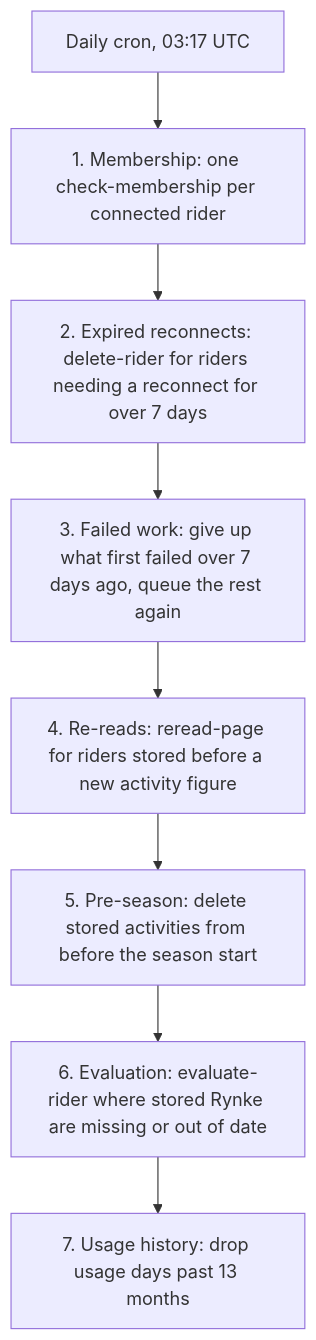
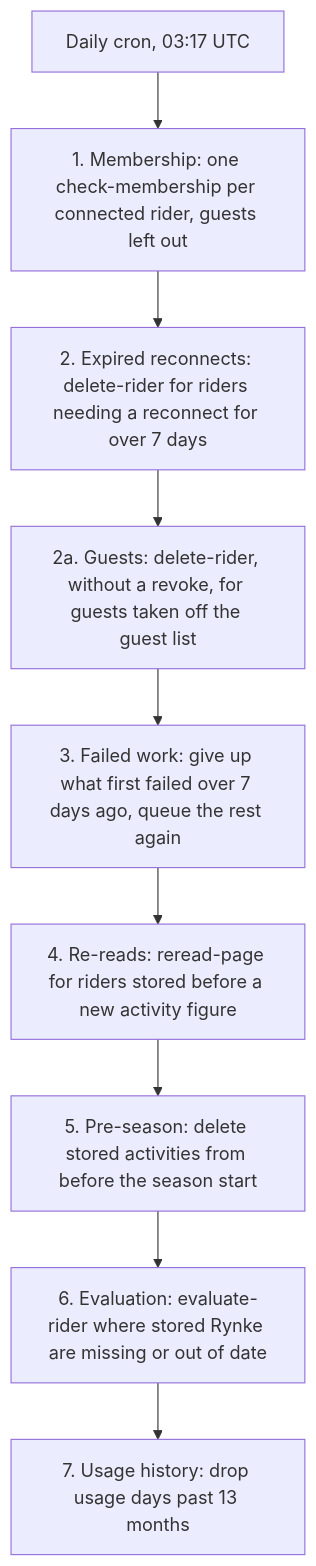
Before and after one commit to SaSteffen/RynkePoints: the fifth of 6 diagrams in docs/how-it-runs.md, drawn with Mermaid. The commit also changed other lines of this file and 45 other files, not shown here.

````diff
--- a/docs/how-it-runs.md
+++ b/docs/how-it-runs.md
@@ -260,10 +260,11 @@
 ```mermaid
 flowchart TD
-    cron["Daily cron, 03:17 UTC"] --> m["1. Membership: one check-membership per connected rider"]
+    cron["Daily cron, 03:17 UTC"] --> m["1. Membership: one check-membership per connected rider, guests left out"]
     m --> x["2. Expired reconnects: delete-rider for riders needing a reconnect for over 7 days"]
-    x --> f["3. Failed work: give up what first failed over 7 days ago, queue the rest again"]
+    x --> g["2a. Guests: delete-rider, without a revoke, for guests taken off the guest list"]
+    g --> f["3. Failed work: give up what first failed over 7 days ago, queue the rest again"]
     f --> r["4. Re-reads: reread-page for riders stored before a new activity figure"]
     r --> p["5. Pre-season: delete stored activities from before the season start"]
     p --> e["6. Evaluation: evaluate-rider where stored Rynke are missing or out of date"]
     e --> u["7. Usage history: drop usage days past 13 months"]
 ```
````
